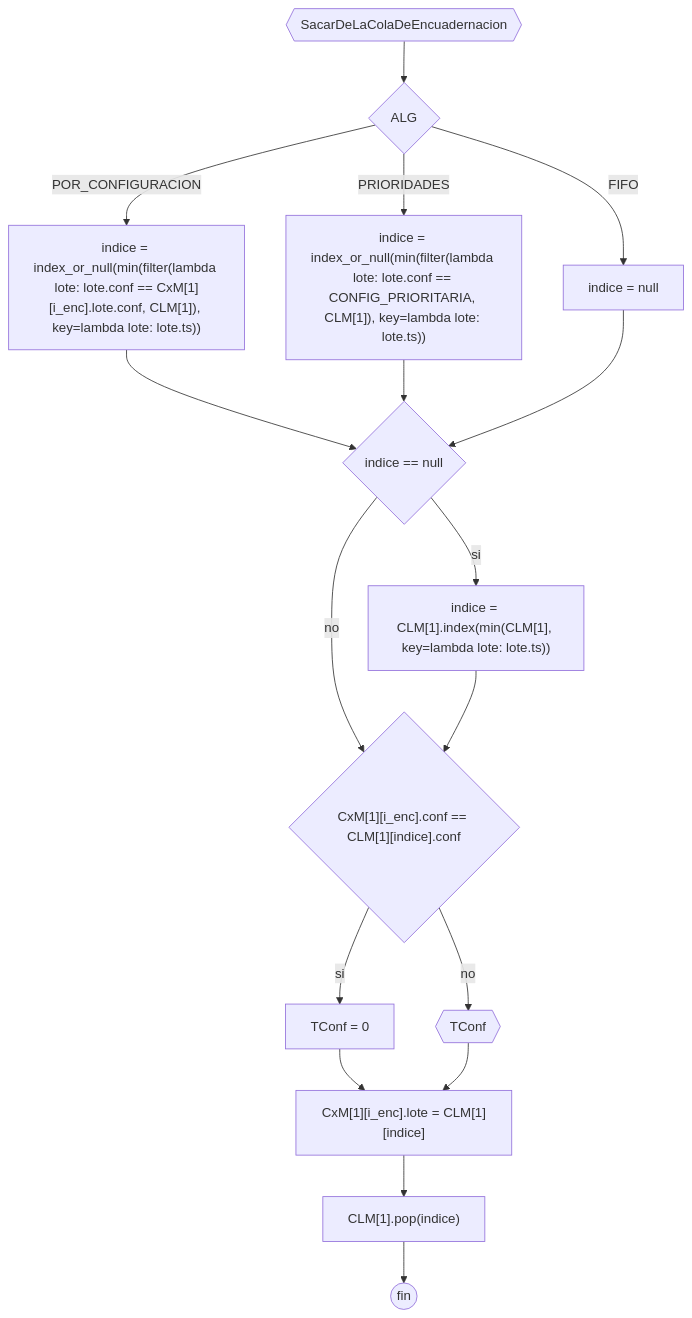
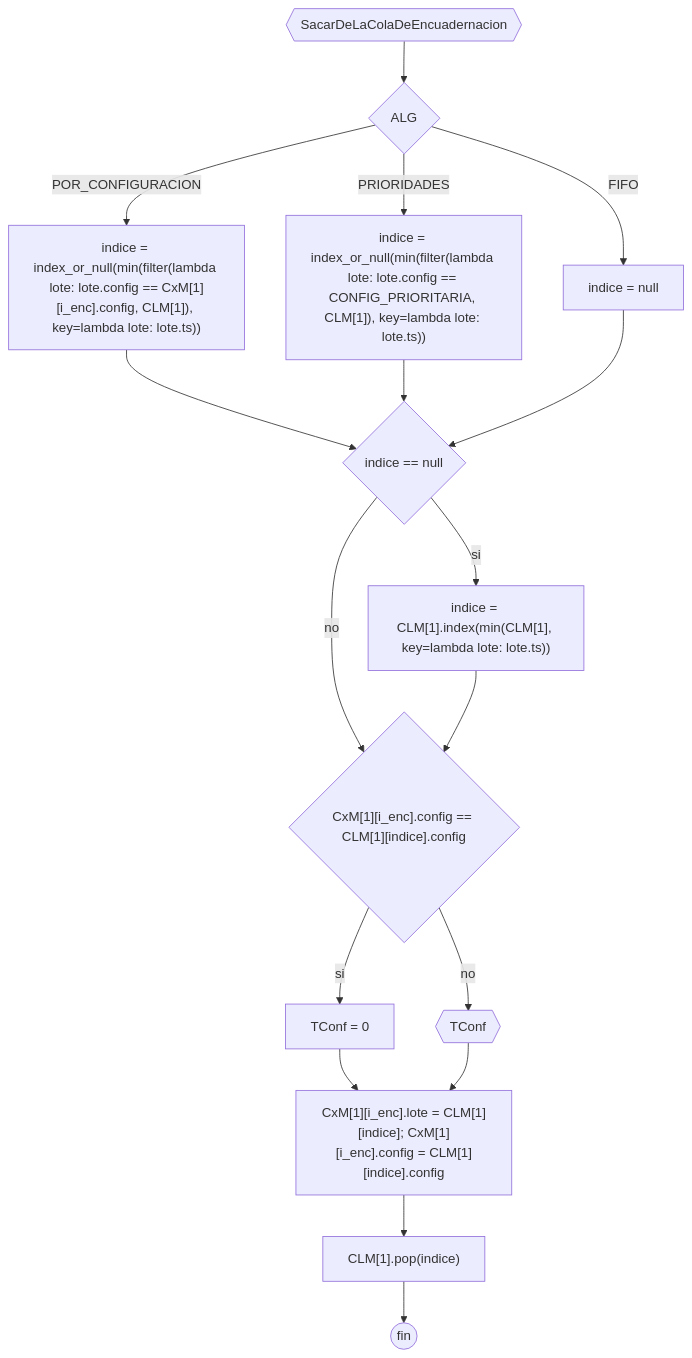
The diagram in docs/Diagramas/encuadernacion/SacarDeLaColaDeEncuadernacion.mermaid (JuanManuelPrividera/TP-Simu), drawn with Mermaid before and after one commit. The commit also changed 39 other files, not shown here.

```diff
--- a/docs/Diagramas/encuadernacion/SacarDeLaColaDeEncuadernacion.mermaid
+++ b/docs/Diagramas/encuadernacion/SacarDeLaColaDeEncuadernacion.mermaid
@@ -1,16 +1,16 @@
 flowchart TD
 a0{{SacarDeLaColaDeEncuadernacion}} --> if{ALG}
-if --> |POR_CONFIGURACION| a2["indice = index_or_null(min(filter(lambda lote: lote.conf == CxM[1][i_enc].lote.conf, CLM[1]), key=lambda lote: lote.ts))"]
-if --> |PRIORIDADES| a3["indice = index_or_null(min(filter(lambda lote: lote.conf == CONFIG_PRIORITARIA, CLM[1]), key=lambda lote: lote.ts))"]
+if --> |POR_CONFIGURACION| a2["indice = index_or_null(min(filter(lambda lote: lote.config == CxM[1][i_enc].config, CLM[1]), key=lambda lote: lote.ts))"]
+if --> |PRIORIDADES| a3["indice = index_or_null(min(filter(lambda lote: lote.config == CONFIG_PRIORITARIA, CLM[1]), key=lambda lote: lote.ts))"]
 if --> |FIFO| a1["indice = null"]
 a2 --> a4
 a3 --> a4
 a1 --> a4{"indice == null"}
 a4 --> |si| b["indice = CLM[1].index(min(CLM[1], key=lambda lote: lote.ts))"]
 a4 --> |no| g
-b --> g{"CxM[1][i_enc].conf == CLM[1][indice].conf"}
+b --> g{"CxM[1][i_enc].config == CLM[1][indice].config"}
 g --> |si| g1[TConf = 0]
 g --> |no| g2{{TConf}}
-g1 --> g3["CxM[1][i_enc].lote = CLM[1][indice]"]
+g1 --> g3["CxM[1][i_enc].lote = CLM[1][indice]; CxM[1][i_enc].config = CLM[1][indice].config"]
 g2 --> g3
 g3 --> g4["CLM[1].pop(indice)"] --> g5((fin))
```
